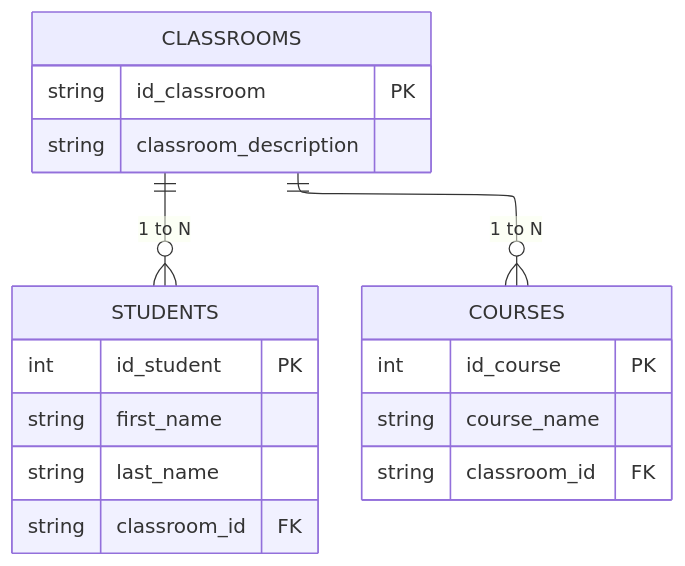
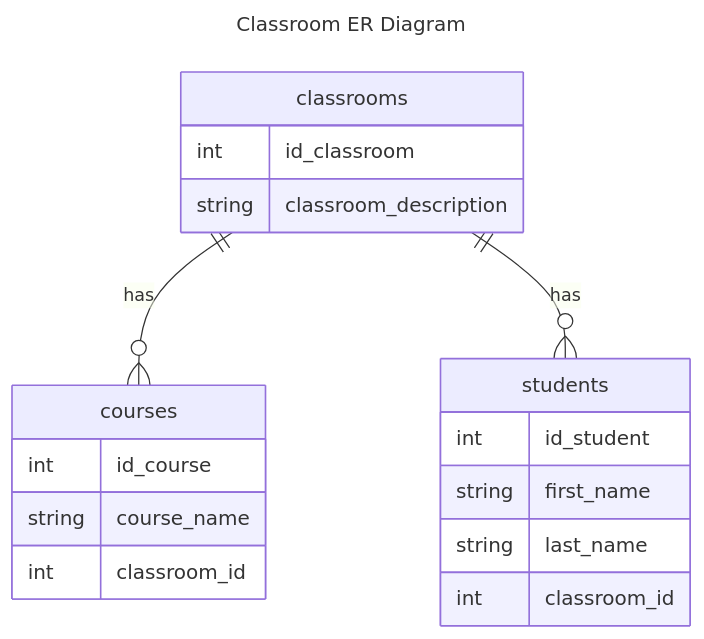
Before and after one commit to simoneavilarranz/students-classrooms-courses-simoneaa: the diagram in README.md, drawn with Mermaid.

````diff
--- a/README.md
+++ b/README.md
@@ -12,25 +12,26 @@
 ```mermaid
 ---
-config:
-  layout: elk
+title: Classroom ER Diagram
 ---
 erDiagram
-    CLASSROOMS {
-        string id_classroom PK
+    classrooms {
+        int id_classroom
         string classroom_description
     }
-    STUDENTS {
-        int id_student PK
+
+    courses {
+        int id_course
+        string course_name
+        int classroom_id
+    }
+
+    students {
+        int id_student
         string first_name
         string last_name
-        string classroom_id FK
-    }
-    COURSES {
-        int id_course PK
-        string course_name
-        string classroom_id FK
+        int classroom_id
     }
 
-    CLASSROOMS ||--o{ STUDENTS : "1 to N"
-    CLASSROOMS ||--o{ COURSES : "1 to N"
+    classrooms ||--o{ courses : "has"
+    classrooms ||--o{ students : "has"
 ```
````
